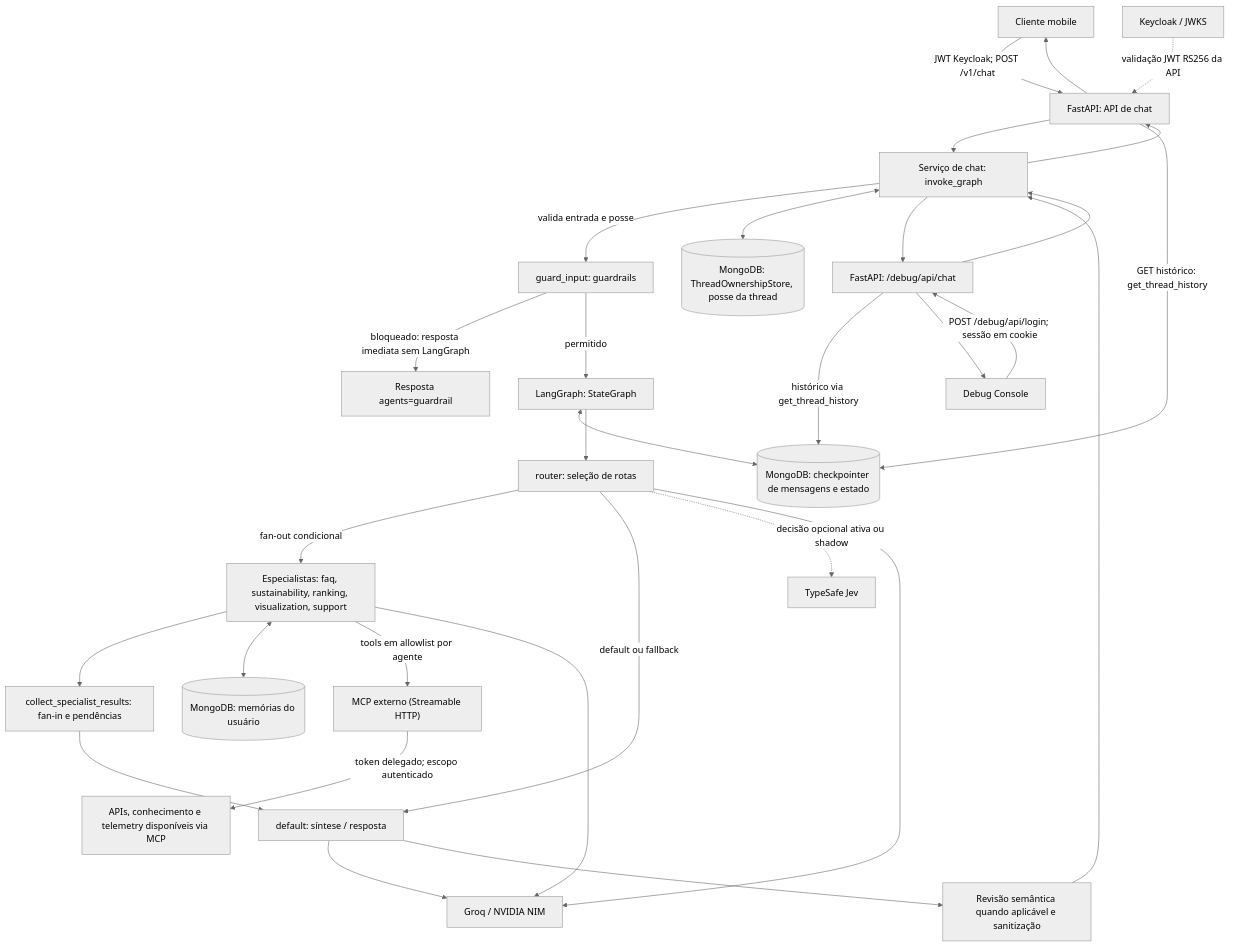
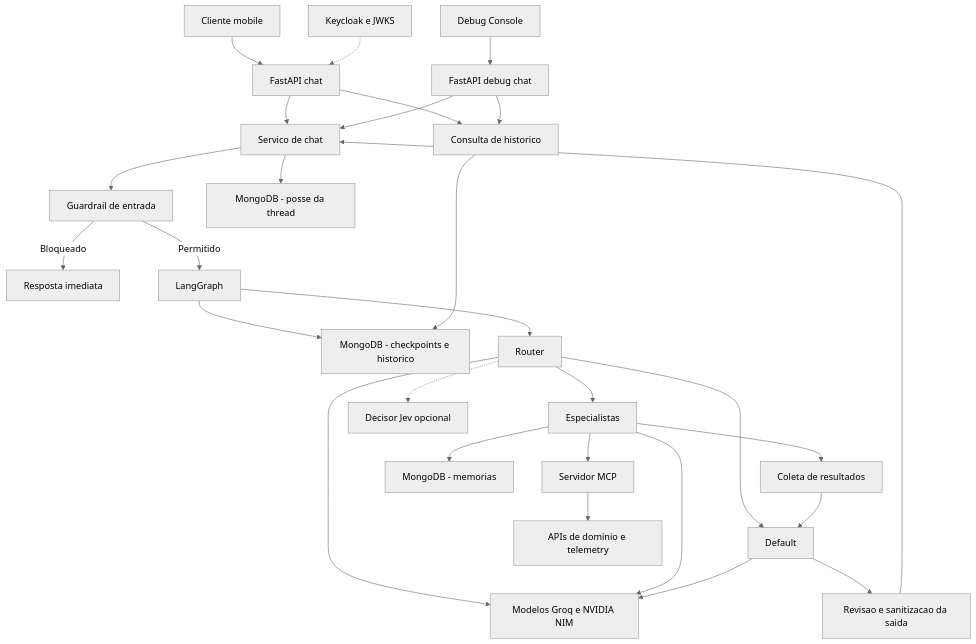
Before and after one commit to Ouros-App/ms-ai-server: the first of 2 diagrams in README.md, drawn with Mermaid (neutral theme). The commit also changed other lines of this file, not shown here.

Commit message:
docs: simplify Mermaid graphs for GitHub rendering compatibility

````diff
--- a/README.md
+++ b/README.md
@@ -51,33 +51,30 @@
 ```mermaid
-flowchart TD
-    Mobile["Cliente mobile"] -->|"JWT Keycloak; POST /v1/chat"| API["FastAPI: API de chat"]
-    Debug["Debug Console"] -->|"POST /debug/api/login; sessão em cookie"| DebugAPI["FastAPI: /debug/api/chat"]
-    Keycloak["Keycloak / JWKS"] -. "validação JWT RS256 da API" .-> API
-    API --> Chat["Serviço de chat: invoke_graph"]
+graph TD
+    Mobile[Cliente mobile] --> API[FastAPI chat]
+    Debug[Debug Console] --> DebugAPI[FastAPI debug chat]
+    Keycloak[Keycloak e JWKS] -.-> API
+    API --> Chat[Servico de chat]
     DebugAPI --> Chat
-    Chat -->|"valida entrada e posse"| Guard["guard_input: guardrails"]
-    Guard -->|"bloqueado: resposta imediata sem LangGraph"| Block["Resposta agents=guardrail"]
-    Guard -->|"permitido"| LG["LangGraph: StateGraph"]
-    Chat <--> Ownership[("MongoDB: ThreadOwnershipStore, posse da thread")]
-    LG <--> CP[("MongoDB: checkpointer de mensagens e estado")]
-    API -->|"GET histórico: get_thread_history"| CP
-    DebugAPI -->|"histórico via get_thread_history"| CP
-    LG --> Router["router: seleção de rotas"]
-    Router -->|"fan-out condicional"| Specialists["Especialistas: faq, sustainability, ranking, visualization, support"]
-    Router -->|"default ou fallback"| Default["default: síntese / resposta"]
-    Specialists --> Collect["collect_specialist_results: fan-in e pendências"]
+    Chat --> Guard[Guardrail de entrada]
+    Guard -->|Bloqueado| Block[Resposta imediata]
+    Guard -->|Permitido| LG[LangGraph]
+    Chat --> Ownership[MongoDB - posse da thread]
+    LG --> CP[MongoDB - checkpoints e historico]
+    API --> History[Consulta de historico]
+    DebugAPI --> History
+    History --> CP
+    LG --> Router[Router]
+    Router --> Specialists[Especialistas]
+    Router --> Default[Default]
+    Specialists --> Collect[Coleta de resultados]
     Collect --> Default
-    Specialists <--> Memory[("MongoDB: memórias do usuário")]
-    Specialists -->|"tools em allowlist por agente"| MCP["MCP externo (Streamable HTTP)"]
-    MCP -->|"token delegado; escopo autenticado"| Domain["APIs, conhecimento e telemetry disponíveis via MCP"]
-    Router -. "decisão opcional ativa ou shadow" .-> Jev["TypeSafe Jev"]
-    Router --> Providers["Groq / NVIDIA NIM"]
+    Specialists --> Memory[MongoDB - memorias]
+    Specialists --> MCP[Servidor MCP]
+    MCP --> Domain[APIs de dominio e telemetry]
+    Router -.-> Jev[Decisor Jev opcional]
+    Router --> Providers[Modelos Groq e NVIDIA NIM]
     Specialists --> Providers
     Default --> Providers
-    Default --> Output["Revisão semântica quando aplicável e sanitização"]
+    Default --> Output[Revisao e sanitizacao da saida]
     Output --> Chat
-    Chat --> API
-    Chat --> DebugAPI
-    API --> Mobile
-    DebugAPI --> Debug
 ```
````
